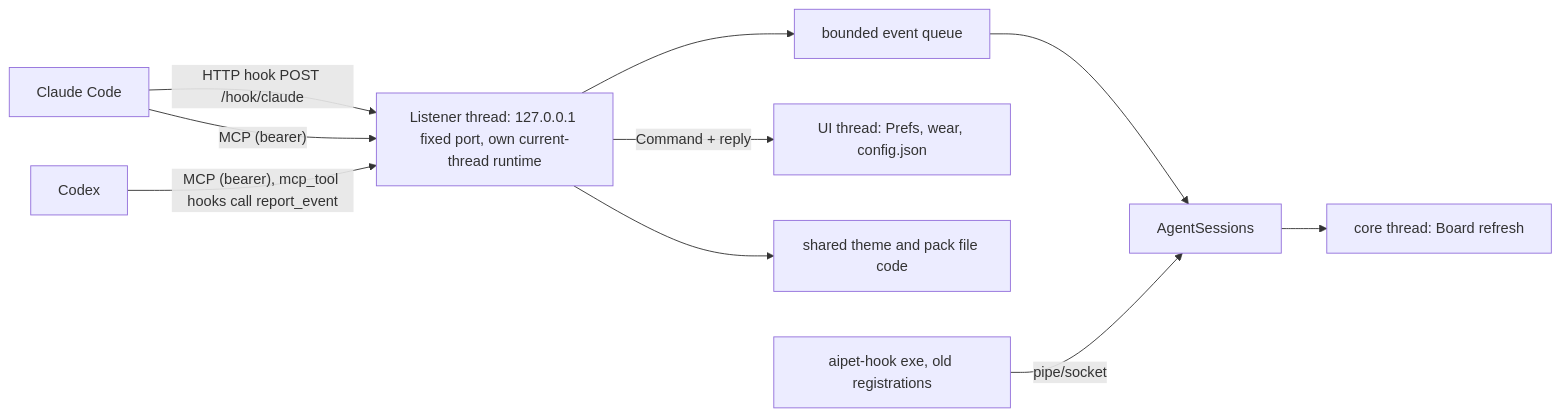
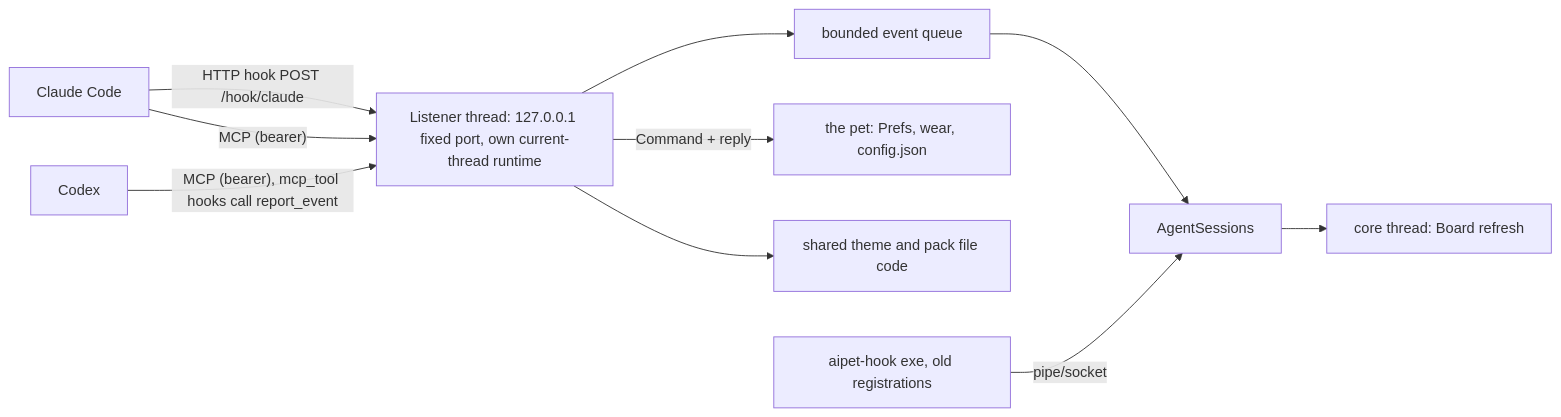
One commit to xMarcinator/ai-pet changed the diagram in .flow/specs/fnt-71-mcp-server-in-the-pet.md. Above: the diagram before and after it, drawn with Mermaid. The commit also changed other lines of this file and 5 other files, not shown here.

Commit message:
flow: the MCP server depends only on the pet, never on Settings (fnt-71, fnt-75; owner)

````diff
--- a/.flow/specs/fnt-71-mcp-server-in-the-pet.md
+++ b/.flow/specs/fnt-71-mcp-server-in-the-pet.md
@@ -11,12 +11,12 @@
 ```mermaid
 flowchart LR
   CC[Claude Code] -- "HTTP hook POST /hook/claude" --> L
   CC -- "MCP (bearer)" --> L
   CX[Codex] -- "MCP (bearer), mcp_tool hooks call report_event" --> L
   L["Listener thread: 127.0.0.1 fixed port, own current-thread runtime"] --> Q[bounded event queue]
   Q --> S[AgentSessions]
   S --> C[core thread: Board refresh]
-  L -- "Command + reply" --> U[UI thread: Prefs, wear, config.json]
+  L -- "Command + reply" --> U[the pet: Prefs, wear, config.json]
   L --> F["shared theme and pack file code"]
   OLD[aipet-hook exe, old registrations] -- pipe/socket --> S
 ```
````
